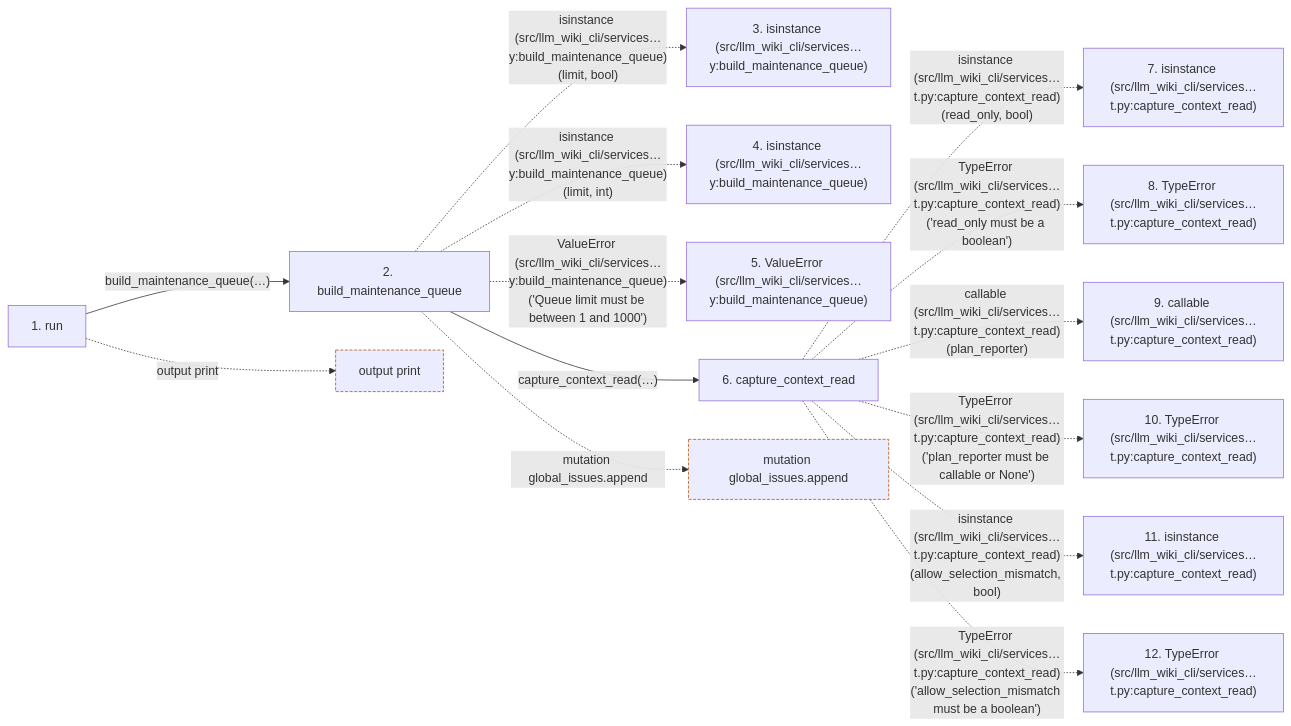
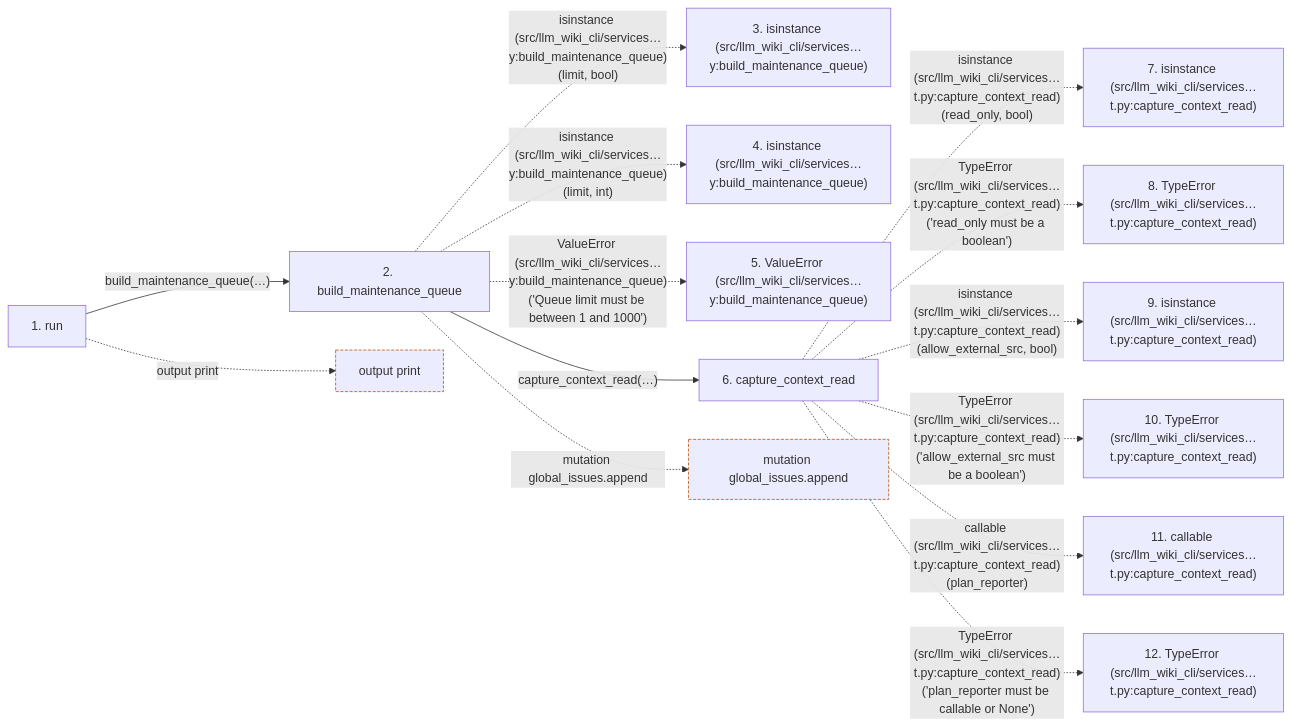
The second of 2 diagrams in docs/llm_wiki/flows/cli-queue.md (Denissvgn/python-wiki-llm), drawn with Mermaid before and after one commit. The commit also changed other lines of this file and 95 other files, not shown here.

Commit message:
docs: refresh managed wiki for qualified context integration

````diff
--- a/docs/llm_wiki/flows/cli-queue.md
+++ b/docs/llm_wiki/flows/cli-queue.md
@@ -129,36 +128,36 @@
 ```mermaid
 flowchart LR
     s1["1. run"]
     s2["2. build_maintenance_queue"]
     s3["3. isinstance (src/llm_wiki_cli/services…y:build_maintenance_queue)"]
     s4["4. isinstance (src/llm_wiki_cli/services…y:build_maintenance_queue)"]
     s5["5. ValueError (src/llm_wiki_cli/services…y:build_maintenance_queue)"]
     s6["6. capture_context_read"]
     s7["7. isinstance (src/llm_wiki_cli/services…t.py:capture_context_read)"]
     s8["8. TypeError (src/llm_wiki_cli/services…t.py:capture_context_read)"]
-    s9["9. callable (src/llm_wiki_cli/services…t.py:capture_context_read)"]
+    s9["9. isinstance (src/llm_wiki_cli/services…t.py:capture_context_read)"]
     s10["10. TypeError (src/llm_wiki_cli/services…t.py:capture_context_read)"]
-    s11["11. isinstance (src/llm_wiki_cli/services…t.py:capture_context_read)"]
+    s11["11. callable (src/llm_wiki_cli/services…t.py:capture_context_read)"]
     s12["12. TypeError (src/llm_wiki_cli/services…t.py:capture_context_read)"]
     s1 -->|"build_maintenance_queue(…)"| s2
     s2 -. "isinstance (src/llm_wiki_cli/services…y:build_maintenance_queue)(limit, bool)" .-> s3
     s2 -. "isinstance (src/llm_wiki_cli/services…y:build_maintenance_queue)(limit, int)" .-> s4
     s2 -. "ValueError (src/llm_wiki_cli/services…y:build_maintenance_queue)('Queue limit must be between 1 and 1000')" .-> s5
     s2 -->|"capture_context_read(…)"| s6
     s6 -. "isinstance (src/llm_wiki_cli/services…t.py:capture_context_read)(read_only, bool)" .-> s7
     s6 -. "TypeError (src/llm_wiki_cli/services…t.py:capture_context_read)('read_only must be a boolean')" .-> s8
-    s6 -. "callable (src/llm_wiki_cli/services…t.py:capture_context_read)(plan_reporter)" .-> s9
-    s6 -. "TypeError (src/llm_wiki_cli/services…t.py:capture_context_read)('plan_reporter must be callable or None')" .-> s10
-    s6 -. "isinstance (src/llm_wiki_cli/services…t.py:capture_context_read)(allow_selection_mismatch, bool)" .-> s11
-    s6 -. "TypeError (src/llm_wiki_cli/services…t.py:capture_context_read)('allow_selection_mismatch must be a boolean')" .-> s12
+    s6 -. "isinstance (src/llm_wiki_cli/services…t.py:capture_context_read)(allow_external_src, bool)" .-> s9
+    s6 -. "TypeError (src/llm_wiki_cli/services…t.py:capture_context_read)('allow_external_src must be a boolean')" .-> s10
+    s6 -. "callable (src/llm_wiki_cli/services…t.py:capture_context_read)(plan_reporter)" .-> s11
+    s6 -. "TypeError (src/llm_wiki_cli/services…t.py:capture_context_read)('plan_reporter must be callable or None')" .-> s12
     b0["output print"]
     s1 -. "output print" .-> b0
     b1["mutation global_issues.append"]
     s2 -. "mutation global_issues.append" .-> b1
     click s1 "../modules/queue_cmd.md"
     click s2 "../modules/maintenance_queue.md"
     click s6 "../modules/context_packet.md"
     classDef boundary stroke:#b45309,stroke-dasharray: 4 2
     class b0 boundary
     class b1 boundary
 ```
````
